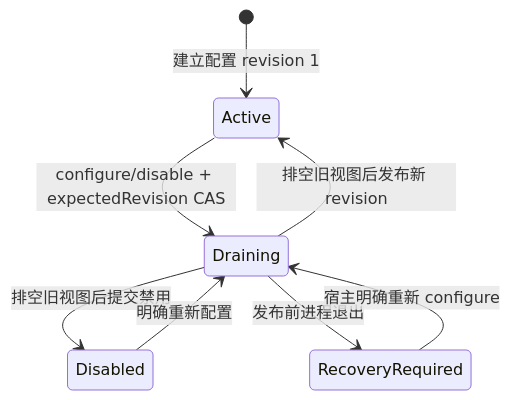
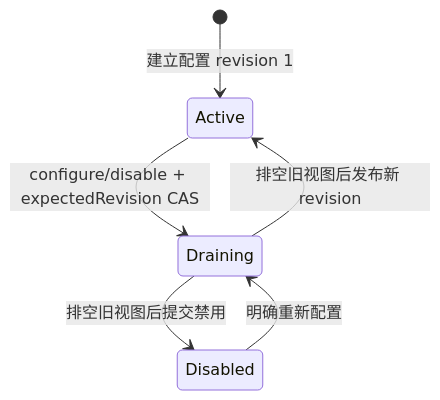
The sixth of 6 diagrams in doc/design/vfs-c4-review.md (mushuanli/itookit), drawn with Mermaid before and after one commit. The commit also changed other lines of this file and 119 other files, not shown here.

````diff
--- a/doc/design/vfs-c4-review.md
+++ b/doc/design/vfs-c4-review.md
@@ -151,10 +153,8 @@
 ```mermaid
 stateDiagram-v2
   [*] --> Active: 建立配置 revision 1
   Active --> Draining: configure/disable + expectedRevision CAS
   Draining --> Active: 排空旧视图后发布新 revision
   Draining --> Disabled: 排空旧视图后提交禁用
-  Draining --> RecoveryRequired: 发布前进程退出
-  RecoveryRequired --> Draining: 宿主明确重新 configure
   Disabled --> Draining: 明确重新配置
 ```
````
